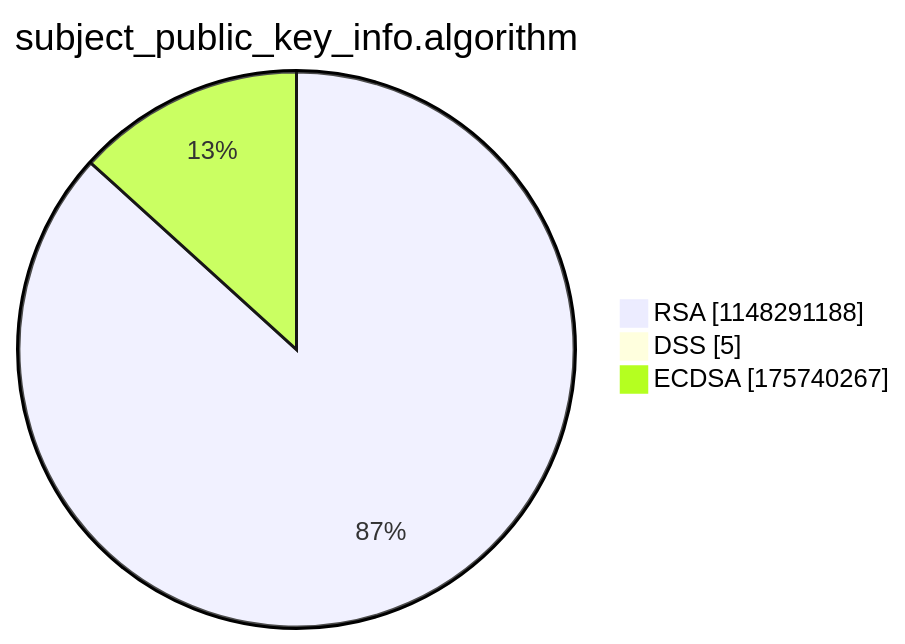
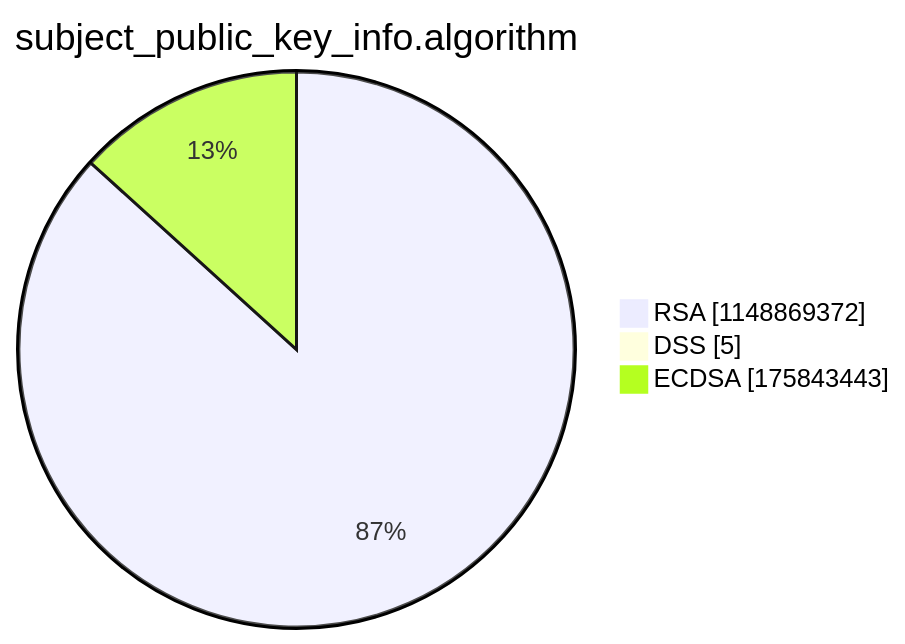
Before and after one commit to christiankrug/ctmonitor_visualization: the third of 15 diagrams in argon2022/README.md, drawn with Mermaid. The commit also changed other lines of this file, not shown here.

````diff
--- a/argon2022/README.md
+++ b/argon2022/README.md
@@ -14,7 +14,7 @@
 ```mermaid
 pie showData
 title subject_public_key_info.algorithm
-"RSA" :1148291188
+"RSA" :1148869372
 "DSS" :5
-"ECDSA" :175740267
+"ECDSA" :175843443
 ```
````
